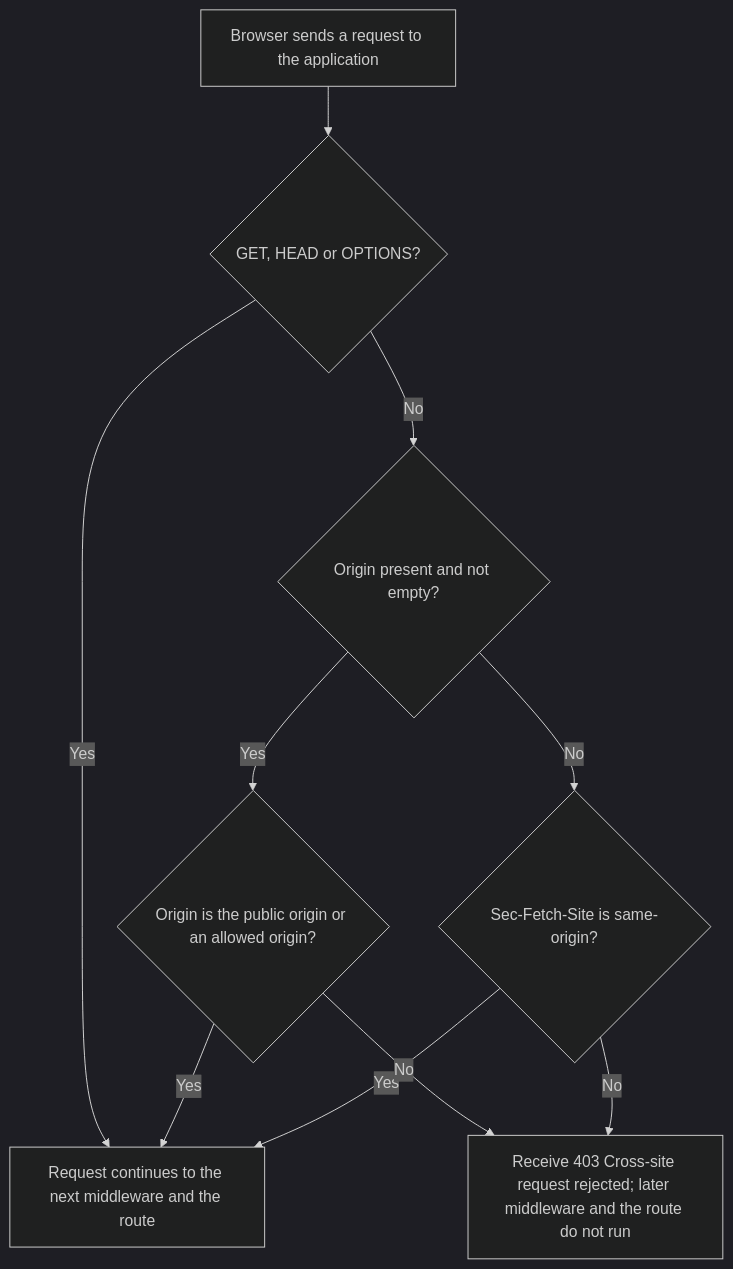
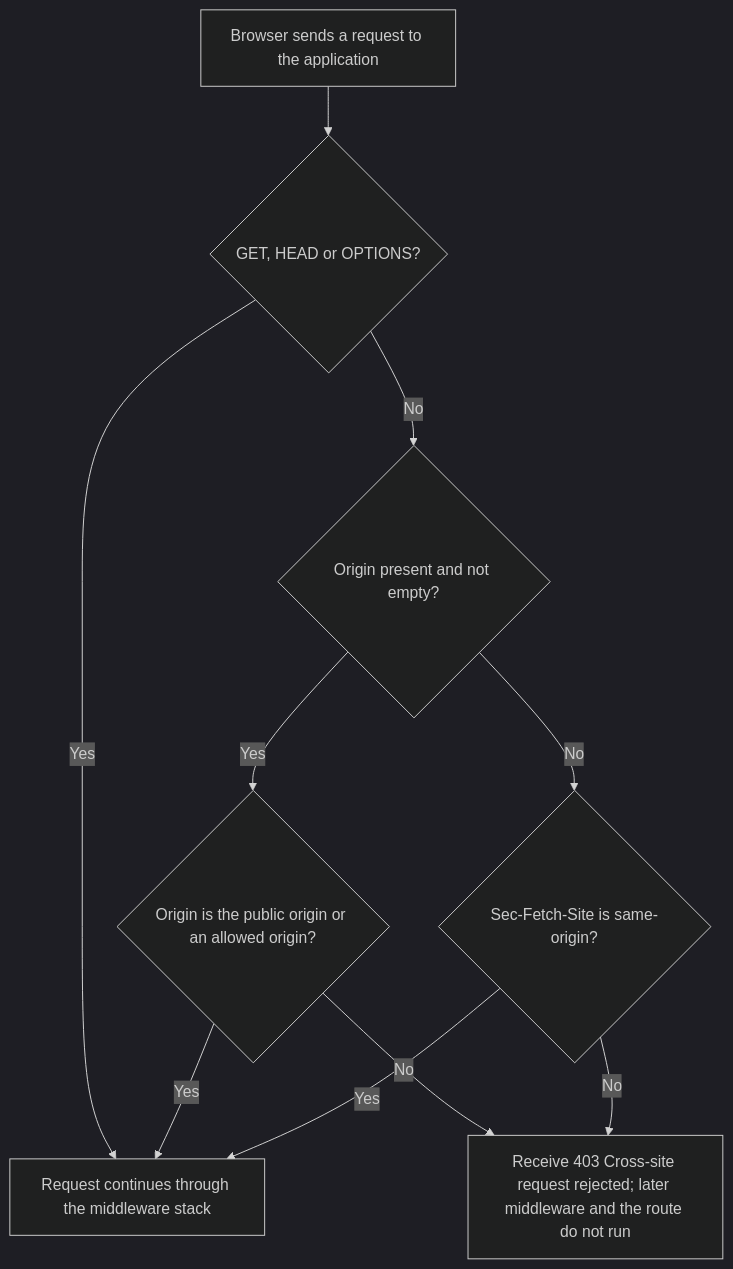
The first of 2 diagrams in user-stories/US-ORIGIN-01-refuse-cross-site-writes.md (Kevinjohn/oss-adonisjs-origin-guard), drawn with Mermaid (dark theme) before and after one commit. The commit also changed other lines of this file and 1 other file, not shown here.

Commit message:
docs: resolve the second review round on the user stories

````diff
--- a/user-stories/US-ORIGIN-01-refuse-cross-site-writes.md
+++ b/user-stories/US-ORIGIN-01-refuse-cross-site-writes.md
@@ -29,12 +29,12 @@
 ```mermaid
 flowchart TD
     A["Browser sends a request to the application"] --> B{"GET, HEAD or OPTIONS?"}
-    B -->|Yes| C["Request continues to the next middleware and the route"]
+    B -->|Yes| C["Request continues through the middleware stack"]
     B -->|No| D{"Origin present and not empty?"}
     D -->|Yes| E{"Origin is the public origin or an allowed origin?"}
     D -->|No| F{"Sec-Fetch-Site is same-origin?"}
     E -->|Yes| C
     F -->|Yes| C
     E -->|No| G["Receive 403 Cross-site request rejected; later middleware and the route do not run"]
     F -->|No| G
 ```
````
